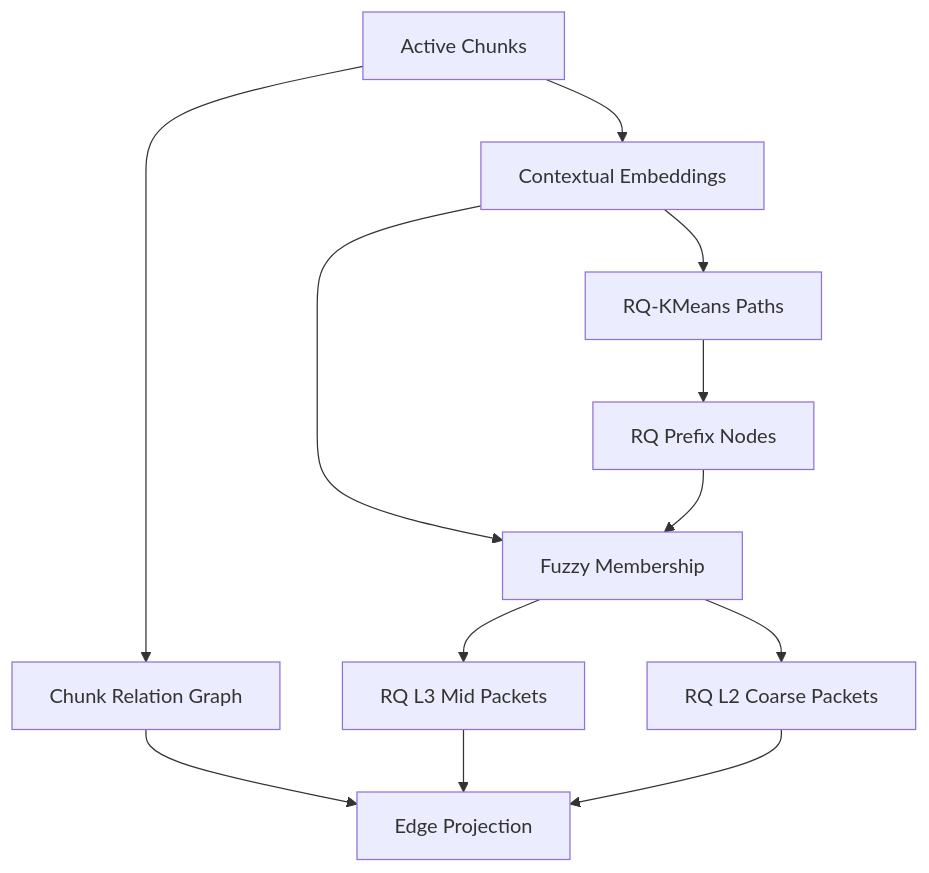
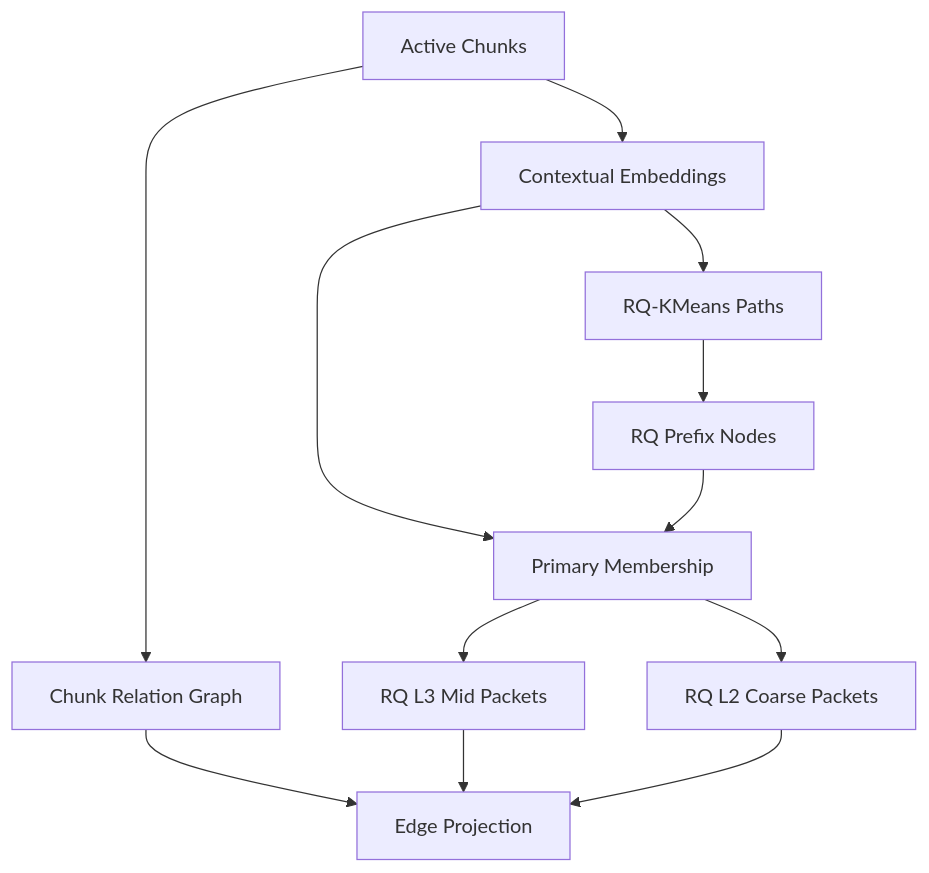
The eighth of 12 diagrams in docs/technical-spec.md (Sggggt/SymboGraph), drawn with Mermaid before and after one commit. The commit also changed other lines of this file and 82 other files, not shown here.

````diff
--- a/docs/technical-spec.md
+++ b/docs/technical-spec.md
@@ -1880,14 +1877,14 @@
 ```mermaid
 flowchart TB
     C["Active Chunks"] --> E["Contextual Embeddings"]
     E --> RQ["RQ-KMeans Paths"]
     RQ --> RP["RQ Prefix Nodes"]
-    E --> MEM["Fuzzy Membership"]
+    E --> MEM["Primary Membership"]
     RP --> MEM
     MEM --> L3["RQ L3 Mid Packets"]
     MEM --> L2["RQ L2 Coarse Packets"]
     C --> CR["Chunk Relation Graph"]
     CR --> PROJ["Edge Projection"]
     L3 --> PROJ
     L2 --> PROJ
 ```
````
